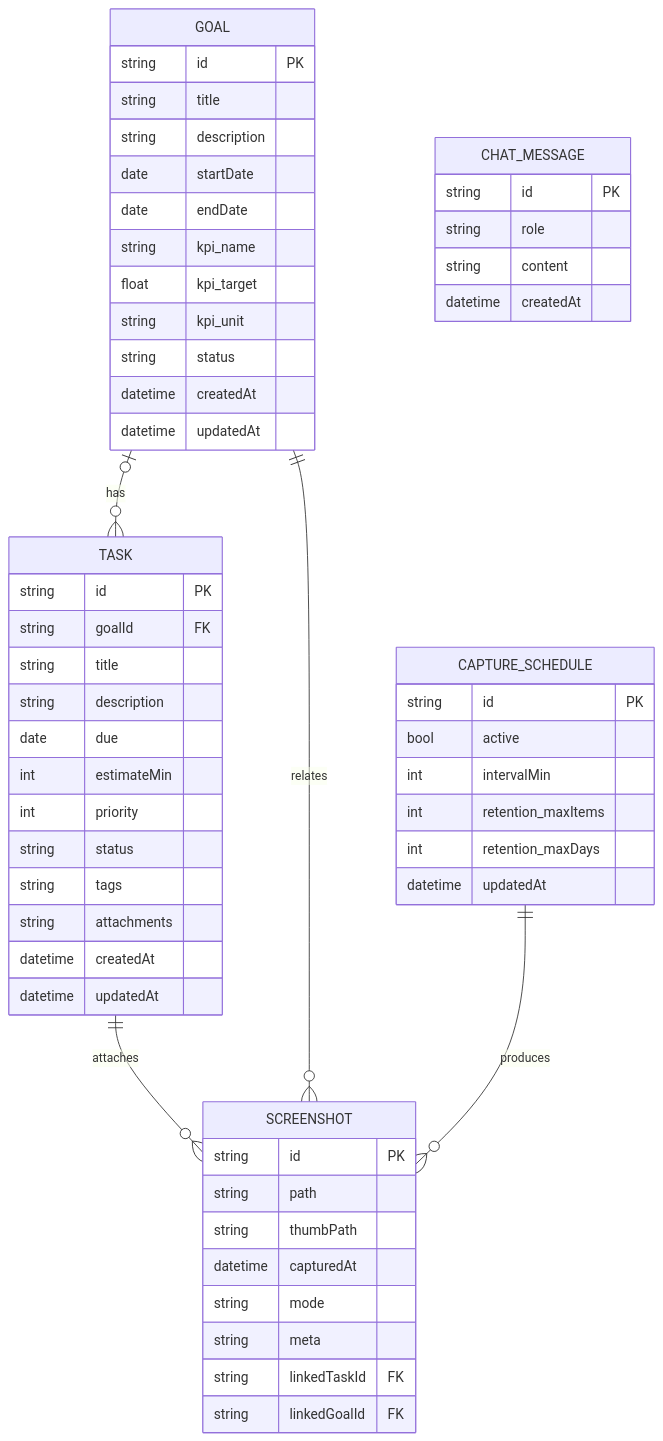
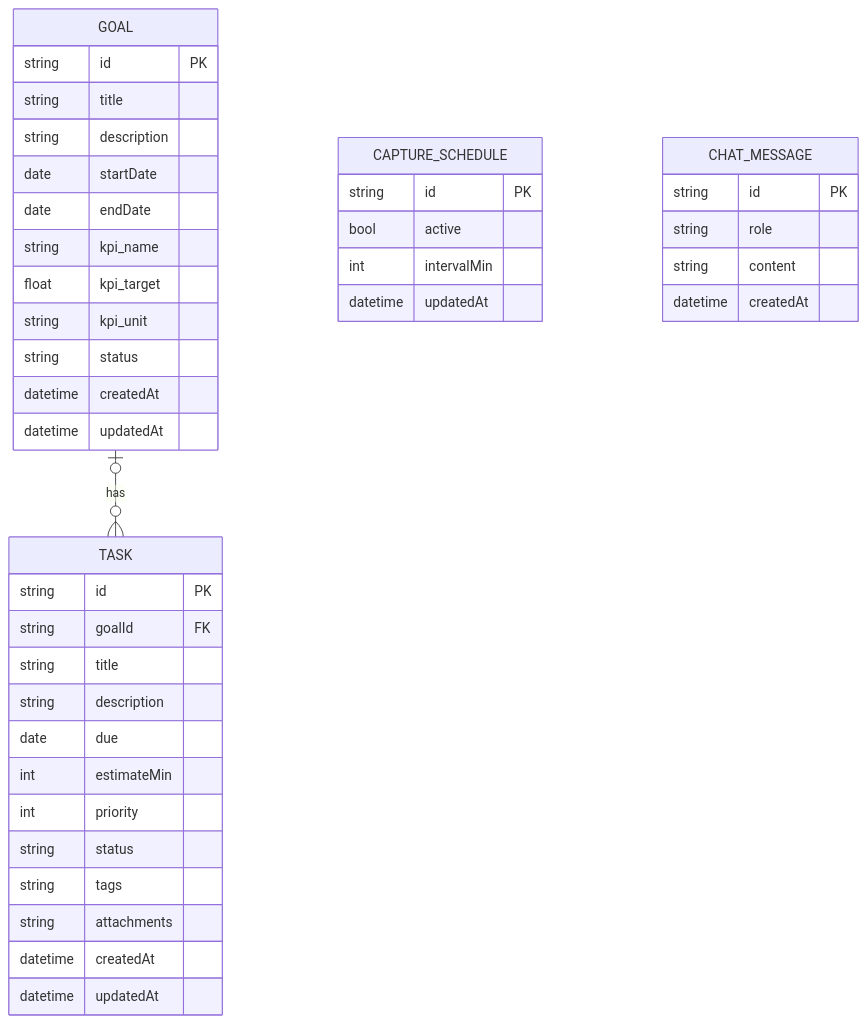
Before and after one commit to ano333333/llm-time-manager: the diagram in docs/data-model.md, drawn with Mermaid. The commit also changed other lines of this file and 2 other files, not shown here.

````diff
--- a/docs/data-model.md
+++ b/docs/data-model.md
@@ -15,59 +14,44 @@
 ```mermaid
 erDiagram
   GOAL o|--o{ TASK : has
-  TASK ||--o{ SCREENSHOT : attaches
-  GOAL ||--o{ SCREENSHOT : relates
-  CAPTURE_SCHEDULE ||--o{ SCREENSHOT : produces
 
   GOAL {
     string id PK
     string title
     string description
     date startDate
     date endDate
     string kpi_name
     float kpi_target
     string kpi_unit
     string status
     datetime createdAt
     datetime updatedAt
   }
   TASK {
     string id PK
     string goalId FK
     string title
     string description
     date due
     int estimateMin
     int priority
     string status
     string tags
     string attachments
     datetime createdAt
     datetime updatedAt
   }
-  SCREENSHOT {
-    string id PK
-    string path
-    string thumbPath
-    datetime capturedAt
-    string mode
-    string meta
-    string linkedTaskId FK
-    string linkedGoalId FK
-  }
   CAPTURE_SCHEDULE {
     string id PK
     bool active
     int intervalMin
-    int retention_maxItems
-    int retention_maxDays
     datetime updatedAt
   }
   CHAT_MESSAGE {
     string id PK
     string role
     string content
     datetime createdAt
   }
 ```
````
